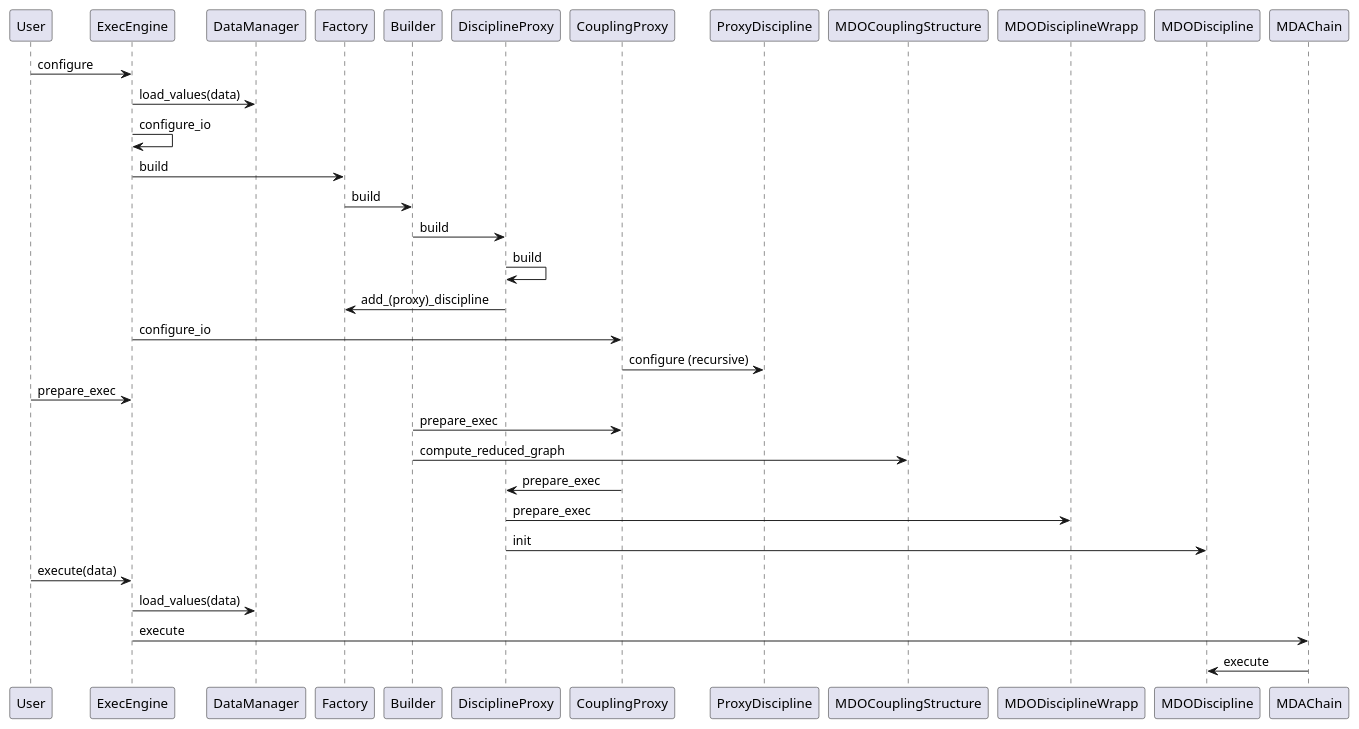
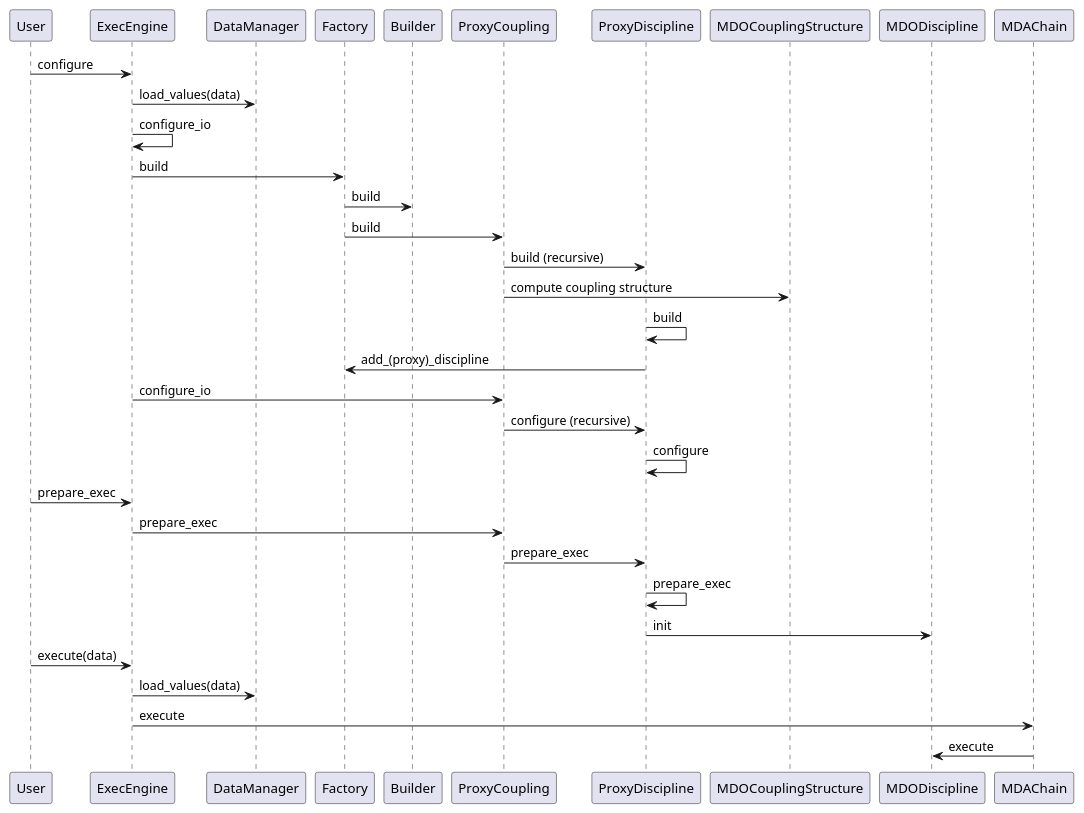
One commit to os-climate/sostrades-core changed the diagram in sostrades_core/tools/refactoring/proposal/sequence_sos_build_update.puml. Above: the diagram before and after it, drawn with PlantUML. The commit also changed 7 other files, not shown here.

Commit message:
removal of execution part in ProxyCoupling and fixes

```diff
--- a/sostrades_core/tools/refactoring/proposal/sequence_sos_build_update.puml
+++ b/sostrades_core/tools/refactoring/proposal/sequence_sos_build_update.puml
@@ -1,29 +1,32 @@
 @startuml
 User -> ExecEngine: configure
 ExecEngine -> DataManager: load_values(data)
 ExecEngine -> ExecEngine: configure_io
 ExecEngine -> Factory: build
 Factory -> Builder: build
-Builder -> DisciplineProxy: build
-DisciplineProxy -> DisciplineProxy: build
-DisciplineProxy -> Factory: add_(proxy)_discipline
+Factory -> ProxyCoupling: build
+ProxyCoupling -> ProxyDiscipline: build (recursive)
+ProxyCoupling -> MDOCouplingStructure: compute coupling structure
+ProxyDiscipline -> ProxyDiscipline: build
+ProxyDiscipline -> Factory: add_(proxy)_discipline
 /' Configuration -> MultiScenarioBuilder: init '/
 /' MultiScenarioBuilder -> Builder: configure '/
 /' Builder -> MDOCouplingStructure: compute_reduced_graph '/
-/' Builder -> DisciplineProxy: configure '/
+/' Builder -> ProxyDiscipline: configure '/
 
-ExecEngine -> CouplingProxy: configure_io
-CouplingProxy -> ProxyDiscipline: configure (recursive)
+ExecEngine -> ProxyCoupling: configure_io
+ProxyCoupling -> ProxyDiscipline: configure (recursive)
+ProxyDiscipline -> ProxyDiscipline: configure
+
 
 User -> ExecEngine: prepare_exec
-Builder -> CouplingProxy: prepare_exec
-Builder -> MDOCouplingStructure: compute_reduced_graph
-CouplingProxy -> DisciplineProxy: prepare_exec
-DisciplineProxy -> MDODisciplineWrapp : prepare_exec
-DisciplineProxy -> MDODiscipline : init
+ExecEngine -> ProxyCoupling: prepare_exec
+ProxyCoupling -> ProxyDiscipline: prepare_exec
+ProxyDiscipline -> ProxyDiscipline : prepare_exec
+ProxyDiscipline -> MDODiscipline : init
 
 User -> ExecEngine: execute(data)
 ExecEngine -> DataManager: load_values(data)
 ExecEngine -> MDAChain: execute
 MDAChain -> MDODiscipline : execute
 @enduml
```
